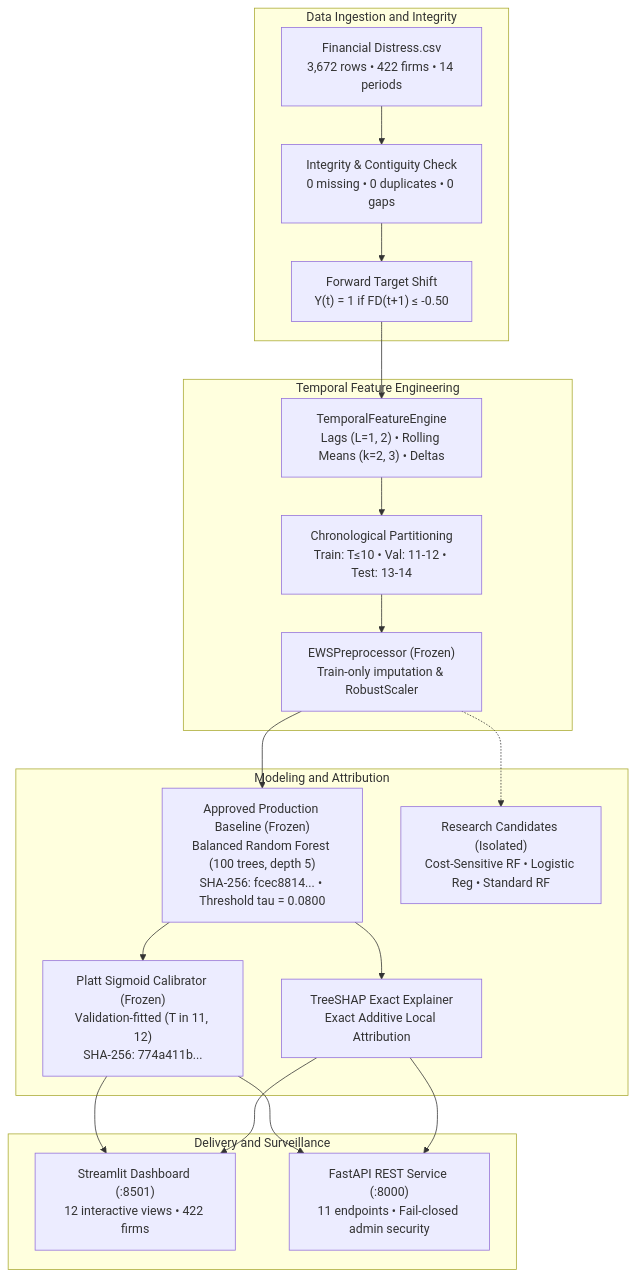
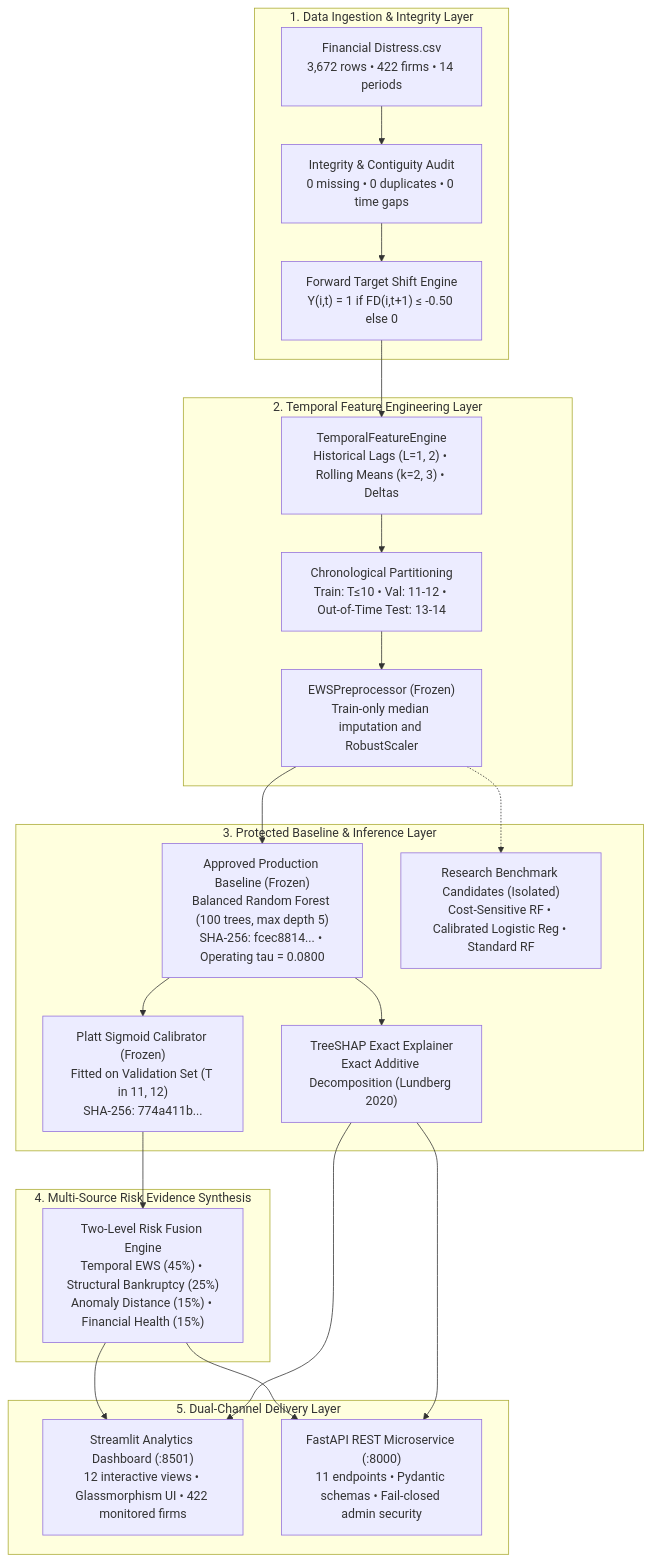
The diagram in README.md (PrajwalGN1/-Explainable-Multi-Source-Financial-Distress-Early-Warning-Risk-Intelligence-System), drawn with Mermaid before and after one commit. The commit also changed other lines of this file, not shown here.

Commit message:
docs: comprehensive rewrite of README with detailed system architecture, methodology, and reproduction manual

````diff
--- a/README.md
+++ b/README.md
@@ -101,27 +106,31 @@
 ```mermaid
 flowchart TD
-    subgraph Data_Pipeline ["Data Ingestion and Integrity"]
-        RAW["Financial Distress.csv<br/>3,672 rows • 422 firms • 14 periods"] --> AUDIT["Integrity & Contiguity Check<br/>0 missing • 0 duplicates • 0 gaps"]
-        AUDIT --> TGT["Forward Target Shift<br/>Y(t) = 1 if FD(t+1) &le; -0.50"]
+    subgraph Data_Pipeline ["1. Data Ingestion & Integrity Layer"]
+        RAW["Financial Distress.csv<br/>3,672 rows • 422 firms • 14 periods"] --> AUDIT["Integrity & Contiguity Audit<br/>0 missing • 0 duplicates • 0 time gaps"]
+        AUDIT --> TGT["Forward Target Shift Engine<br/>Y(i,t) = 1 if FD(i,t+1) &le; -0.50 else 0"]
     end
 
-    subgraph Feature_Pipeline ["Temporal Feature Engineering"]
-        TGT --> FE["TemporalFeatureEngine<br/>Lags (L=1, 2) • Rolling Means (k=2, 3) • Deltas"]
-        FE --> SPLIT["Chronological Partitioning<br/>Train: T&le;10 • Val: 11-12 • Test: 13-14"]
-        SPLIT --> SCALER["EWSPreprocessor (Frozen)<br/>Train-only imputation & RobustScaler"]
+    subgraph Feature_Pipeline ["2. Temporal Feature Engineering Layer"]
+        TGT --> FE["TemporalFeatureEngine<br/>Historical Lags (L=1, 2) • Rolling Means (k=2, 3) • Deltas"]
+        FE --> SPLIT["Chronological Partitioning<br/>Train: T&le;10 • Val: 11-12 • Out-of-Time Test: 13-14"]
+        SPLIT --> SCALER["EWSPreprocessor (Frozen)<br/>Train-only median imputation and RobustScaler"]
     end
 
-    subgraph Inference_Explainability ["Modeling and Attribution"]
-        SCALER --> BASELINE["Approved Production Baseline (Frozen)<br/>Balanced Random Forest (100 trees, depth 5)<br/>SHA-256: fcec8814... • Threshold tau = 0.0800"]
-        BASELINE --> CALIB["Platt Sigmoid Calibrator (Frozen)<br/>Validation-fitted (T in 11, 12)<br/>SHA-256: 774a411b..."]
-        SCALER -.-> CANDIDATE["Research Candidates (Isolated)<br/>Cost-Sensitive RF • Logistic Reg • Standard RF"]
-        BASELINE --> SHAP["TreeSHAP Exact Explainer<br/>Exact Additive Local Attribution"]
+    subgraph Modeling_Layer ["3. Protected Baseline & Inference Layer"]
+        SCALER --> BASELINE["Approved Production Baseline (Frozen)<br/>Balanced Random Forest (100 trees, max depth 5)<br/>SHA-256: fcec8814... • Operating tau = 0.0800"]
+        BASELINE --> CALIB["Platt Sigmoid Calibrator (Frozen)<br/>Fitted on Validation Set (T in 11, 12)<br/>SHA-256: 774a411b..."]
+        SCALER -.-> CANDIDATE["Research Benchmark Candidates (Isolated)<br/>Cost-Sensitive RF • Calibrated Logistic Reg • Standard RF"]
+        BASELINE --> SHAP["TreeSHAP Exact Explainer<br/>Exact Additive Decomposition (Lundberg 2020)"]
     end
 
-    subgraph Delivery_Layer ["Delivery and Surveillance"]
-        CALIB --> STREAMLIT["Streamlit Dashboard (:8501)<br/>12 interactive views • 422 firms"]
+    subgraph Multi_Source_Fusion ["4. Multi-Source Risk Evidence Synthesis"]
+        CALIB --> FUSE["Two-Level Risk Fusion Engine<br/>Temporal EWS (45%) • Structural Bankruptcy (25%)<br/>Anomaly Distance (15%) • Financial Health (15%)"]
+    end
+
+    subgraph Delivery_Layer ["5. Dual-Channel Delivery Layer"]
+        FUSE --> STREAMLIT["Streamlit Analytics Dashboard (:8501)<br/>12 interactive views • Glassmorphism UI • 422 monitored firms"]
         SHAP --> STREAMLIT
-        CALIB --> FASTAPI["FastAPI REST Service (:8000)<br/>11 endpoints • Fail-closed admin security"]
+        FUSE --> FASTAPI["FastAPI REST Microservice (:8000)<br/>11 endpoints • Pydantic schemas • Fail-closed admin security"]
         SHAP --> FASTAPI
     end
 ```
````
